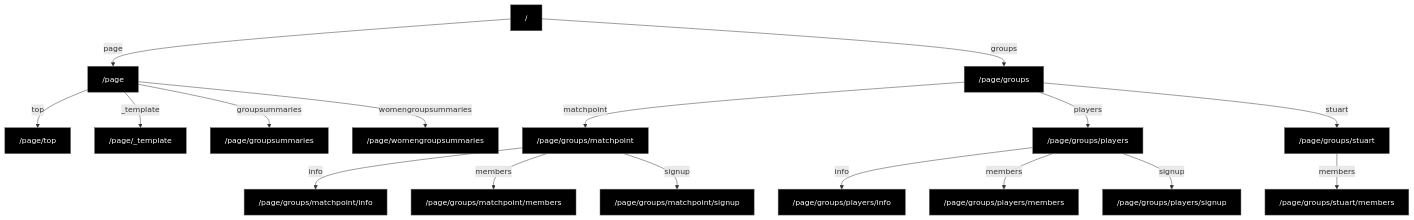
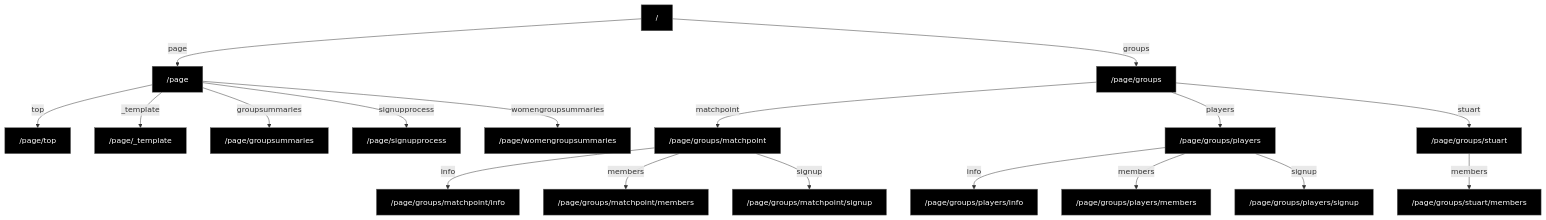
The diagram in README.md (pelicanbaytennisgroups/content), drawn with Mermaid before and after one commit. The commit also changed other lines of this file, not shown here.

Commit message:
Update README with external links map [ci skip]

````diff
--- a/README.md
+++ b/README.md
@@ -21,38 +22,40 @@
 ```mermaid
 graph TD
     %% Site structure diagram with styling
     classDef default fill:#000,color:#fff,stroke:#666,stroke-width:1px;
     Root["/"]
     page["/page"]
     Root -->|"page"| page
     page_top["/page/top"]
     page -->|"top"| page_top
     page_groups["/page/groups"]
     Root -->|"groups"| page_groups
     page_groups_matchpoint["/page/groups/matchpoint"]
     page_groups -->|"matchpoint"| page_groups_matchpoint
     page_groups_players["/page/groups/players"]
     page_groups -->|"players"| page_groups_players
     page_groups_stuart["/page/groups/stuart"]
     page_groups -->|"stuart"| page_groups_stuart
     page__template["/page/_template"]
     page -->|"_template"| page__template
     page_groups_matchpoint_info["/page/groups/matchpoint/info"]
     page_groups_matchpoint -->|"info"| page_groups_matchpoint_info
     page_groups_matchpoint_members["/page/groups/matchpoint/members"]
     page_groups_matchpoint -->|"members"| page_groups_matchpoint_members
     page_groups_matchpoint_signup["/page/groups/matchpoint/signup"]
     page_groups_matchpoint -->|"signup"| page_groups_matchpoint_signup
     page_groups_players_info["/page/groups/players/info"]
     page_groups_players -->|"info"| page_groups_players_info
     page_groups_players_members["/page/groups/players/members"]
     page_groups_players -->|"members"| page_groups_players_members
     page_groups_players_signup["/page/groups/players/signup"]
     page_groups_players -->|"signup"| page_groups_players_signup
     page_groups_stuart_members["/page/groups/stuart/members"]
     page_groups_stuart -->|"members"| page_groups_stuart_members
     page_groupsummaries["/page/groupsummaries"]
     page -->|"groupsummaries"| page_groupsummaries
+    page_signupprocess["/page/signupprocess"]
+    page -->|"signupprocess"| page_signupprocess
     page_womengroupsummaries["/page/womengroupsummaries"]
     page -->|"womengroupsummaries"| page_womengroupsummaries
 ```
````
